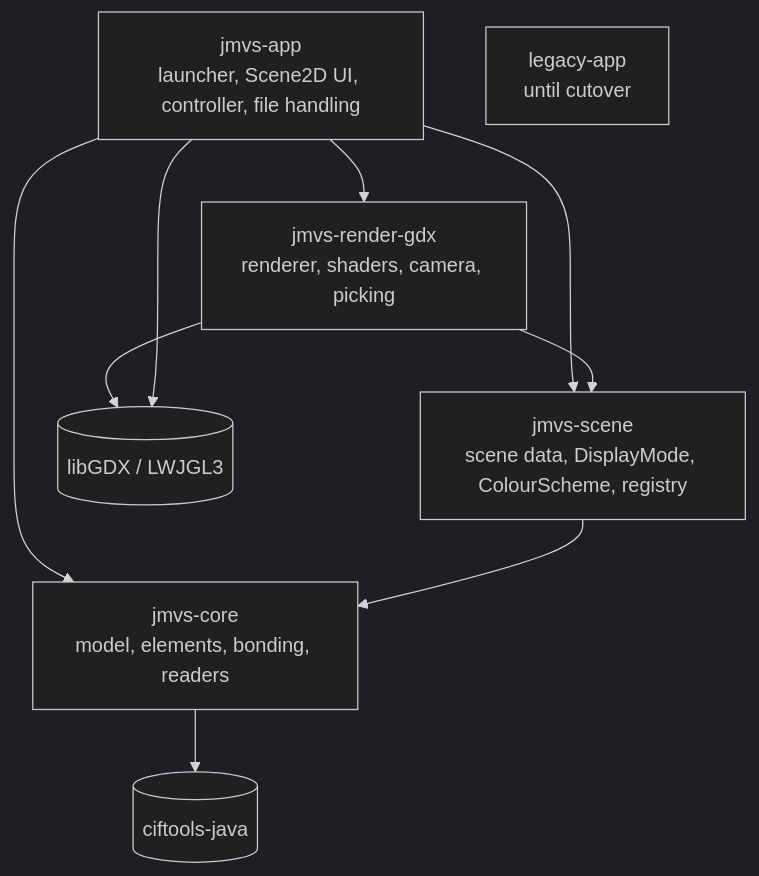
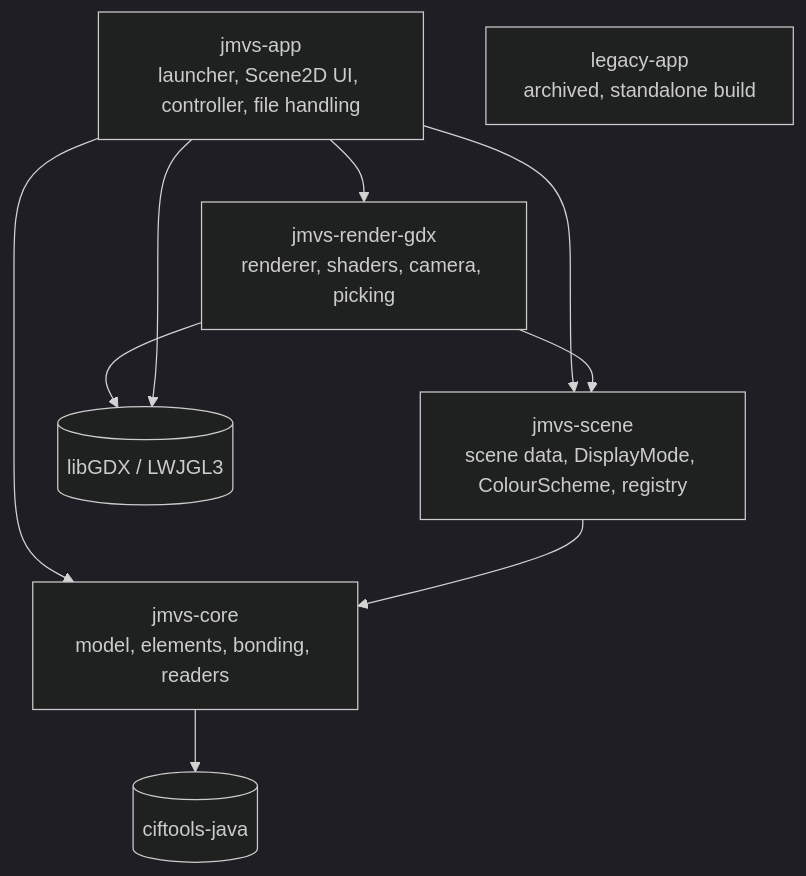
One commit to PorridgeBear/jmvs changed the first of 2 diagrams in docs/arc42/05-building-block-view.md. Above: the diagram before and after it, drawn with Mermaid (dark theme). The commit also changed other lines of this file and 23 other files, not shown here.

````diff
--- a/docs/arc42/05-building-block-view.md
+++ b/docs/arc42/05-building-block-view.md
@@ -5,12 +5,12 @@
 ```mermaid
 flowchart TB
     app[jmvs-app<br/>launcher, Scene2D UI, controller, file handling] --> render[jmvs-render-gdx<br/>renderer, shaders, camera, picking]
     app --> scene
     app --> core
     render --> scene[jmvs-scene<br/>scene data, DisplayMode, ColourScheme, registry]
     scene --> core[jmvs-core<br/>model, elements, bonding, readers]
     core --> cif[(ciftools-java)]
     render --> gdx[(libGDX / LWJGL3)]
     app --> gdx
-    legacy[legacy-app<br/>until cutover]
+    legacy[legacy-app<br/>archived, standalone build]
 ```
````
